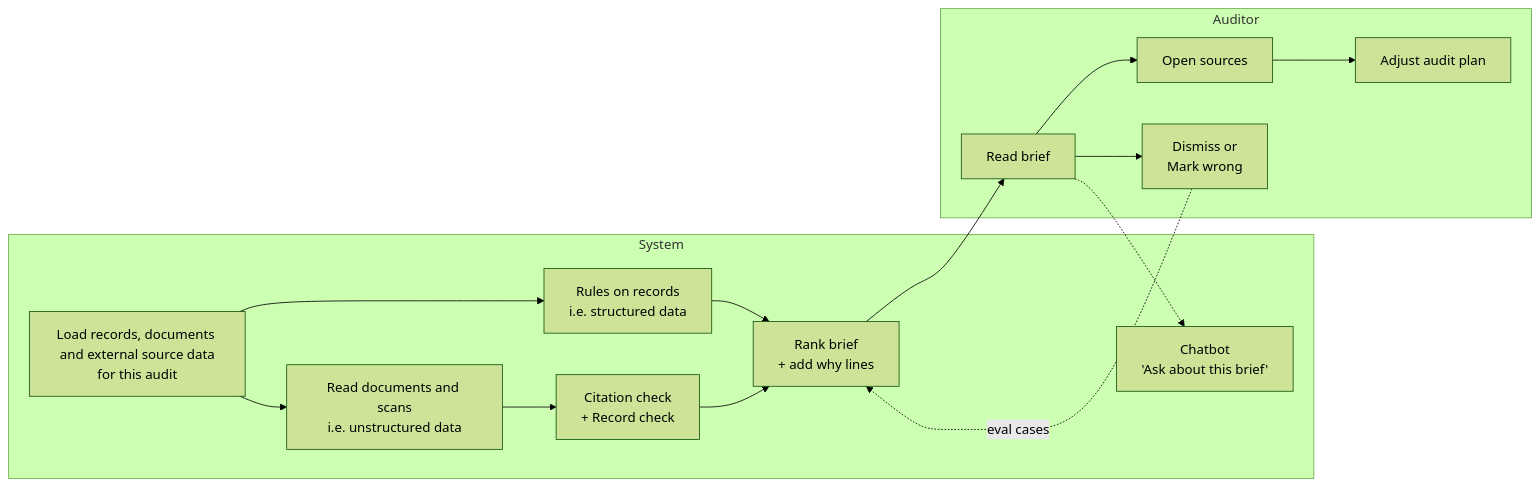
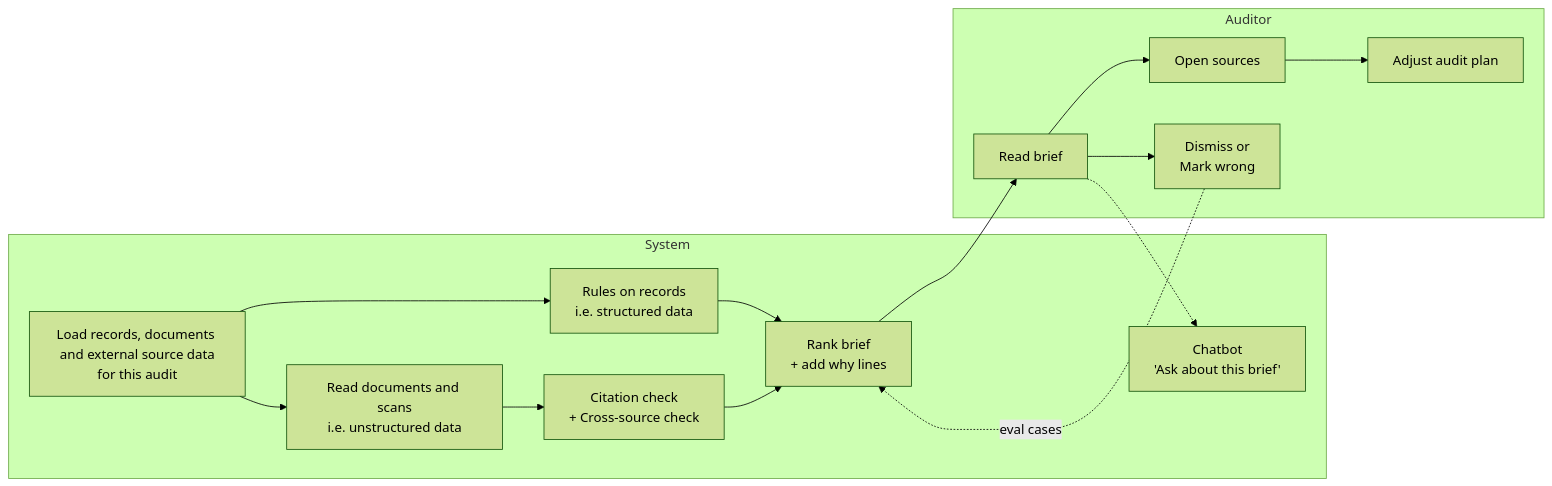
One commit to shashankag14/audit-prep-assistant changed the first of 2 diagrams in docs/02-product-experience.md. Above: the diagram before and after it, drawn with Mermaid (forest theme). The commit also changed other lines of this file and 13 other files, not shown here.

````diff
--- a/docs/02-product-experience.md
+++ b/docs/02-product-experience.md
@@ -38,19 +38,19 @@
 ```mermaid
 flowchart LR
     subgraph S["System"]
         A[Load records, documents and external source data<br/>for this audit] --> B[Rules on records</br>i.e. structured data]
         A --> C[Read documents and scans</br>i.e. unstructured data]
-        C --> D[Citation check<br/>+ Record check]
+        C --> D[Citation check<br/>+ Cross-source check]
         B --> E[Rank brief<br/>+ add why lines]
         D --> E
         Q[Chatbot</br>'Ask about this brief']
     end
     subgraph H["Auditor"]
         F[Read brief] --> G[Open sources]
         G --> I[Adjust audit plan]
         F --> K[Dismiss or<br/>Mark wrong]
         F -.-> Q
     end
     E --> F
     K -. eval cases .-> E
 ```
````
